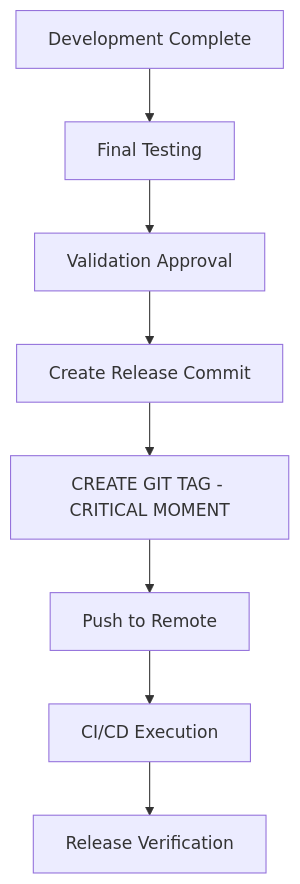
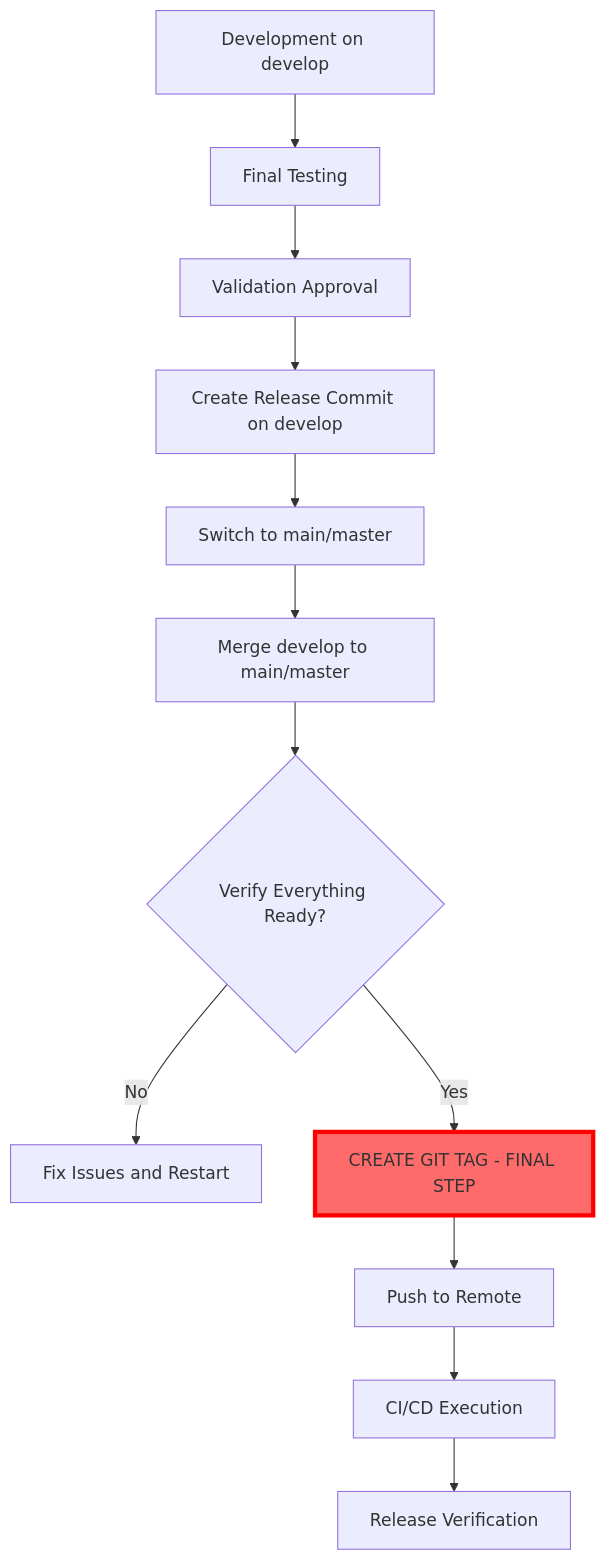
Before and after one commit to tanbro/uiautomator2-mcp-server: the first of 2 diagrams in .skills/release-manager/references/release-process.md, drawn with Mermaid. The commit also changed other lines of this file and 1 other file, not shown here.

First line of the commit message:
docs(release-manager): improve release process docs based on v0.2.0 lessons learned

````diff
--- a/.skills/release-manager/references/release-process.md
+++ b/.skills/release-manager/references/release-process.md
@@ -27,10 +48,15 @@
 ```mermaid
 graph TD
-    A[Development Complete] --> B[Final Testing]
+    A[Development on develop] --> B[Final Testing]
     B --> C[Validation Approval]
-    C --> D[Create Release Commit]
-    D --> E[CREATE GIT TAG - CRITICAL MOMENT]
-    E --> F[Push to Remote]
-    F --> G[CI/CD Execution]
-    G --> H[Release Verification]
+    C --> D[Create Release Commit on develop]
+    D --> E[Switch to main/master]
+    E --> F[Merge develop to main/master]
+    F --> G{Verify Everything Ready?}
+    G -->|No| H[Fix Issues and Restart]
+    G -->|Yes| I[CREATE GIT TAG - FINAL STEP]
+    I --> J[Push to Remote]
+    J --> K[CI/CD Execution]
+    K --> L[Release Verification]
+    style I fill:#ff6b6b,stroke:#ff0000,stroke-width:4px
 ```
````
